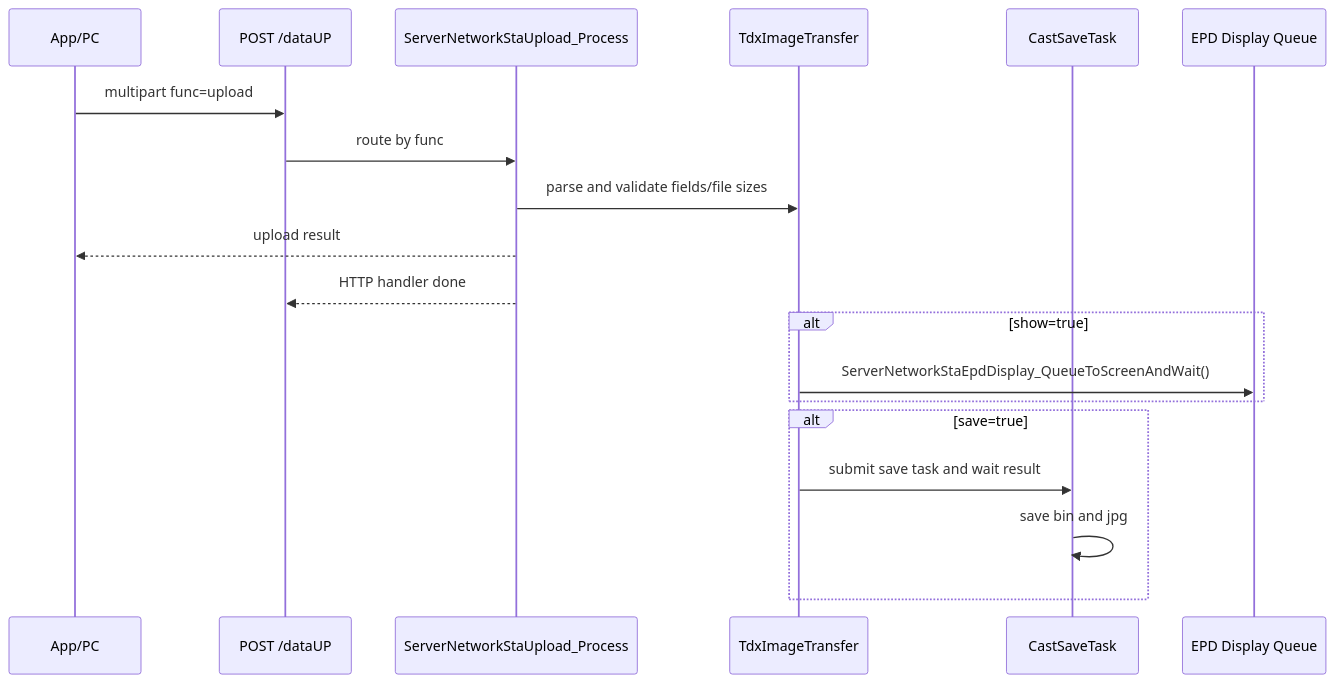
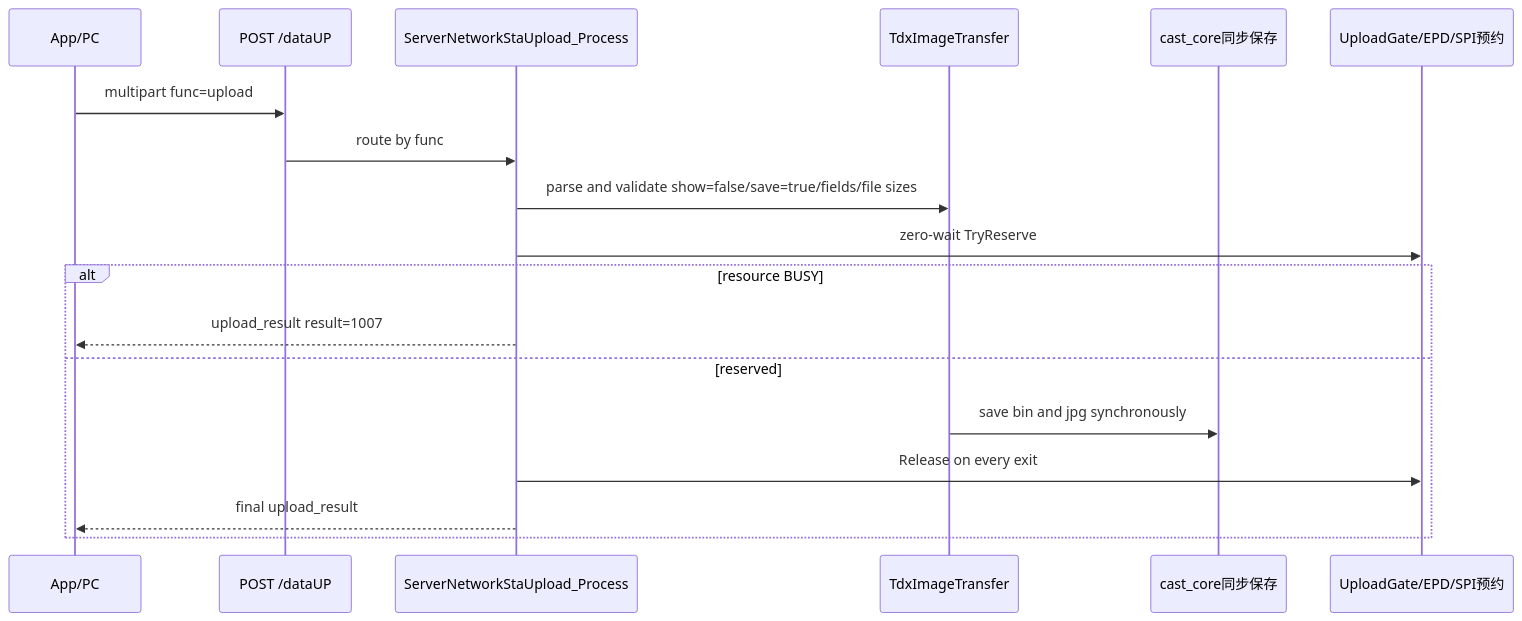
One commit to tdxguiping/ESP32_S3_epaper changed diagram 16 of 25 in README_Fun.md. Above: the diagram before and after it, drawn with Mermaid. The commit also changed other lines of this file and 92 other files, not shown here.

````diff
--- a/README_Fun.md
+++ b/README_Fun.md
@@ -1810,21 +1839,20 @@
 ```mermaid
 sequenceDiagram
     participant APP as App/PC
     participant DATAUP as POST /dataUP
     participant UP as ServerNetworkStaUpload_Process
     participant CORE as TdxImageTransfer
-    participant SAVE as CastSaveTask
-    participant EPD as EPD Display Queue
+    participant SAVE as cast_core同步保存
+    participant GATE as UploadGate/EPD/SPI预约
     APP->>DATAUP: multipart func=upload
     DATAUP->>UP: route by func
-    UP->>CORE: parse and validate fields/file sizes
-    UP-->>APP: upload result
-    UP-->>DATAUP: HTTP handler done
-    alt show=true
-        CORE->>EPD: ServerNetworkStaEpdDisplay_QueueToScreenAndWait()
-    end
-    alt save=true
-        CORE->>SAVE: submit save task and wait result
-        SAVE->>SAVE: save bin and jpg
+    UP->>CORE: parse and validate show=false/save=true/fields/file sizes
+    UP->>GATE: zero-wait TryReserve
+    alt resource BUSY
+        UP-->>APP: upload_result result=1007
+    else reserved
+        CORE->>SAVE: save bin and jpg synchronously
+        UP->>GATE: Release on every exit
+        UP-->>APP: final upload_result
     end
 ```
````
